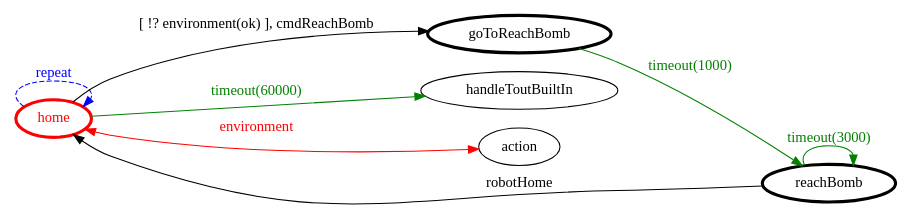
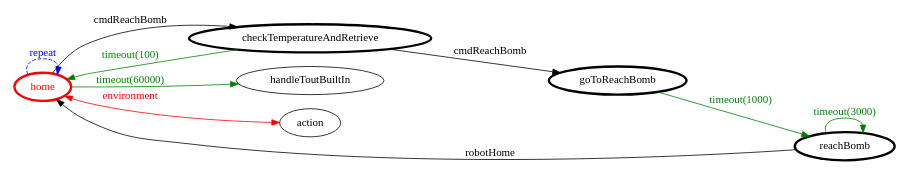
The diagram in project/srcMore/it/unibo/robot_retriever_mind/robot_retriever_mind.gv (NiccoMlt/ISS-2018-Final-Task), drawn with Graphviz before and after one commit. The commit also changed 12 other files, not shown here.

```diff
--- a/project/srcMore/it/unibo/robot_retriever_mind/robot_retriever_mind.gv
+++ b/project/srcMore/it/unibo/robot_retriever_mind/robot_retriever_mind.gv
@@ -1,23 +1,26 @@
 /*
 *
 * A GraphViz DOT FSM description 
 * Please use a GraphViz visualizer (like http://www.webgraphviz.com)
 *  
 */
 
 digraph finite_state_machine {
 	rankdir=LR
 	size="8,5"
 	
 	home [ color = red ][ fontcolor = red ][ penwidth = 3 ]
 	reachBomb [ color = black ][ fontcolor = black ][ penwidth = 3 ]
+	checkTemperatureAndRetrieve [ color = black ][ fontcolor = black ][ penwidth = 3 ]
 	goToReachBomb [ color = black ][ fontcolor = black ][ penwidth = 3 ]
 	
 	home -> handleToutBuiltIn [ label = "timeout(60000)" ][ color = green ][ fontcolor = green ]
 	goToReachBomb -> reachBomb [ label = "timeout(1000)" ][ color = green ][ fontcolor = green ]
 	home -> action [ label = "environment" ][ color = red ][ fontcolor = red ][ dir = both ]
 	reachBomb -> home [ label = "robotHome" ][ color = black ][ fontcolor = black ]
 	home -> home [ label = "repeat "][ style = dashed ][ color = blue ][ fontcolor = blue ]
+	home -> checkTemperatureAndRetrieve [ label = "cmdReachBomb" ][ color = black ][ fontcolor = black ]
+	checkTemperatureAndRetrieve -> goToReachBomb [ label = "cmdReachBomb" ][ color = black ][ fontcolor = black ]
 	reachBomb -> reachBomb [ label = "timeout(3000)" ][ color = green ][ fontcolor = green ]
-	home -> goToReachBomb [ label = "[ !? environment(ok) ], cmdReachBomb" ][ color = black ][ fontcolor = black ]
+	checkTemperatureAndRetrieve -> home [ label = "timeout(100)" ][ color = green ][ fontcolor = green ]
 }
```
